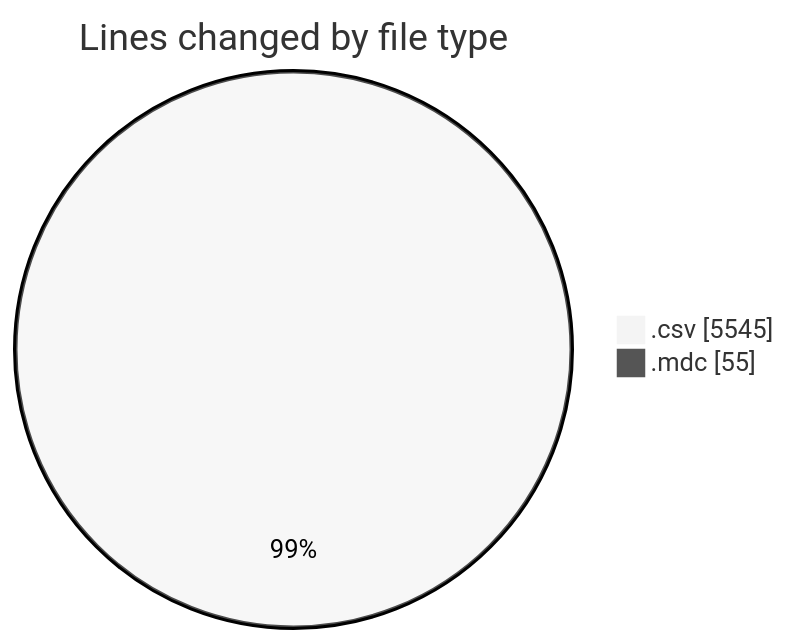
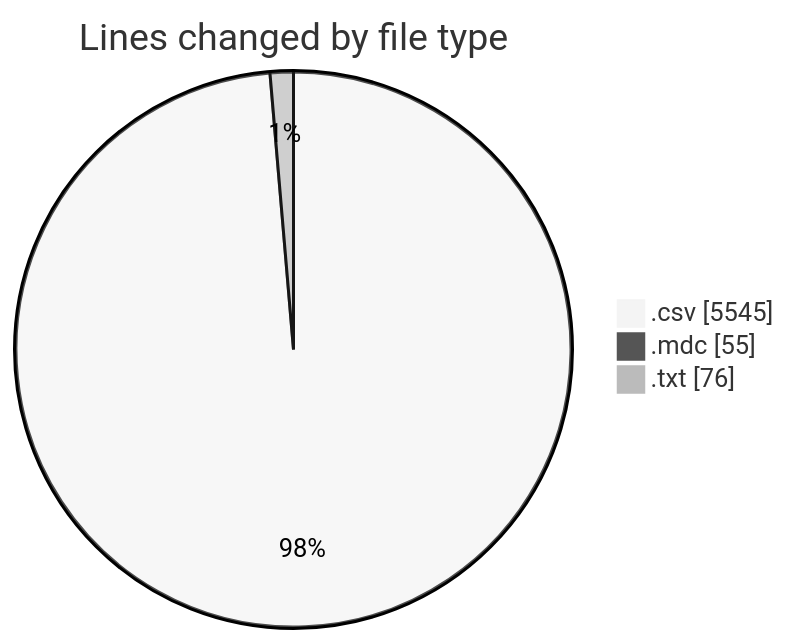
One commit to EIIisD/code-tracking changed the first of 2 diagrams in 2025-07-23/transactions-new/README.md. Above: the diagram before and after it, drawn with Mermaid (neutral theme). The commit also changed other lines of this file and 1 other file, not shown here.

````diff
--- a/2025-07-23/transactions-new/README.md
+++ b/2025-07-23/transactions-new/README.md
@@ -26,6 +27,7 @@
 ```mermaid
 pie showData
 title Lines changed by file type
 ".csv" : 5545
 ".mdc" : 55
+".txt" : 76
 ```
````
